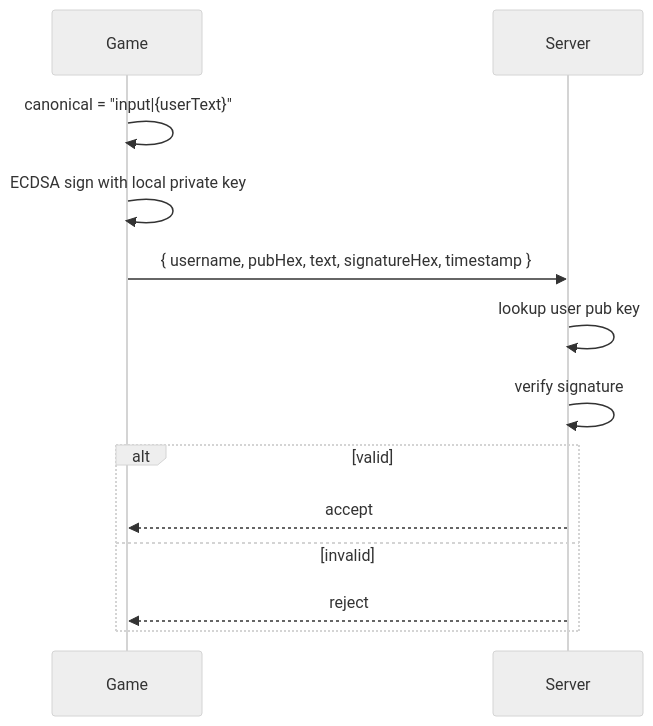
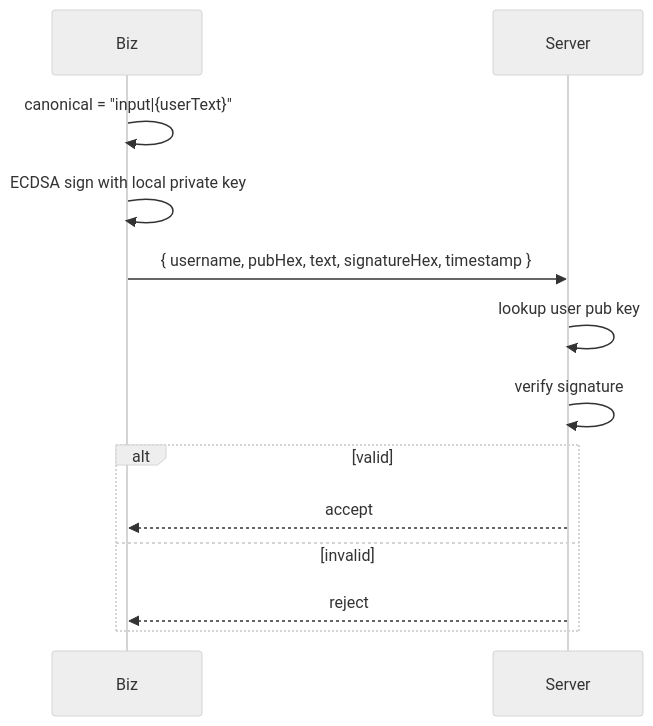
Before and after one commit to greensoft-atom/encrypto: the third of 3 diagrams in jsrsasign/docs/04-auth-flows.md, drawn with Mermaid (neutral theme). The commit also changed other lines of this file and 19 other files, not shown here.

````diff
--- a/jsrsasign/docs/04-auth-flows.md
+++ b/jsrsasign/docs/04-auth-flows.md
@@ -137,16 +137,16 @@
 ```mermaid
 sequenceDiagram
-    participant G as Game
+    participant G as Biz
     participant S as Server
 
     G->>G: canonical = "input|{userText}"
     G->>G: ECDSA sign with local private key
     G->>S: { username, pubHex, text, signatureHex, timestamp }
     S->>S: lookup user pub key
     S->>S: verify signature
     alt valid
         S-->>G: accept
     else invalid
         S-->>G: reject
     end
 ```
````
